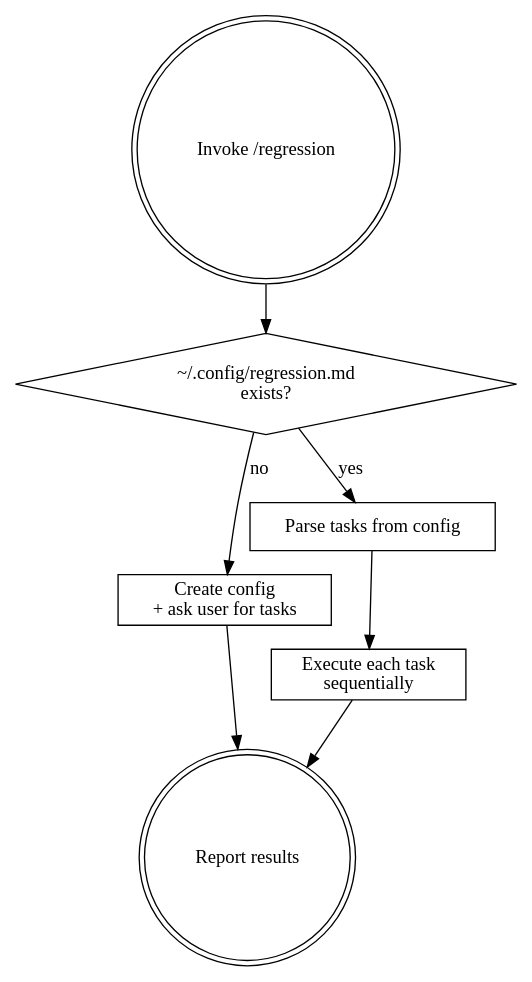
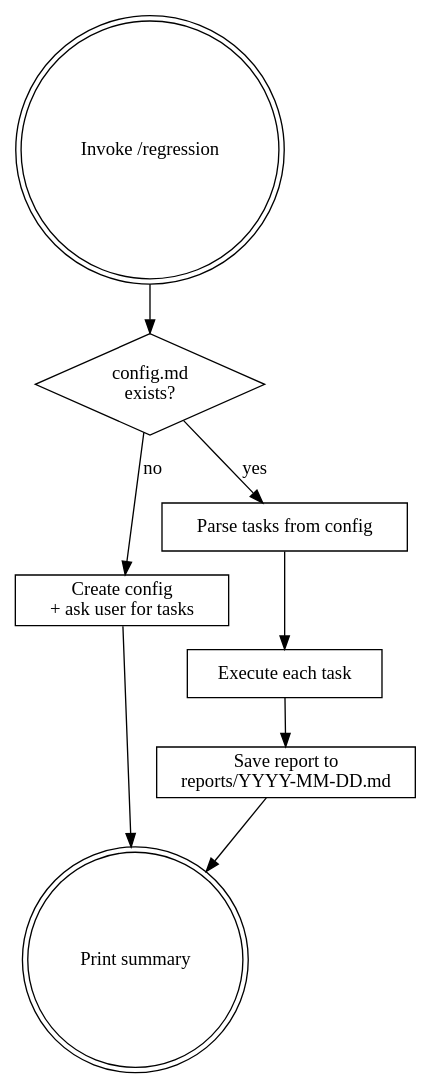
The diagram in regression/SKILL.md (zyx1121/skills), drawn with Graphviz before and after one commit. The commit also changed other lines of this file, not shown here.

First line of the commit message:
feat(regression): add report generation and query support

````diff
--- a/regression/SKILL.md
+++ b/regression/SKILL.md
@@ -12,17 +19,19 @@
 ```dot
 digraph regression {
   start [label="Invoke /regression" shape=doublecircle];
-  check [label="~/.config/regression.md\nexists?" shape=diamond];
+  check [label="config.md\nexists?" shape=diamond];
   init [label="Create config\n+ ask user for tasks" shape=box];
   parse [label="Parse tasks from config" shape=box];
-  exec [label="Execute each task\nsequentially" shape=box];
-  done [label="Report results" shape=doublecircle];
+  exec [label="Execute each task" shape=box];
+  report [label="Save report to\nreports/YYYY-MM-DD.md" shape=box];
+  done [label="Print summary" shape=doublecircle];
 
   start -> check;
   check -> init [label="no"];
   check -> parse [label="yes"];
   init -> done;
   parse -> exec;
-  exec -> done;
+  exec -> report;
+  report -> done;
 }
 ```
````
